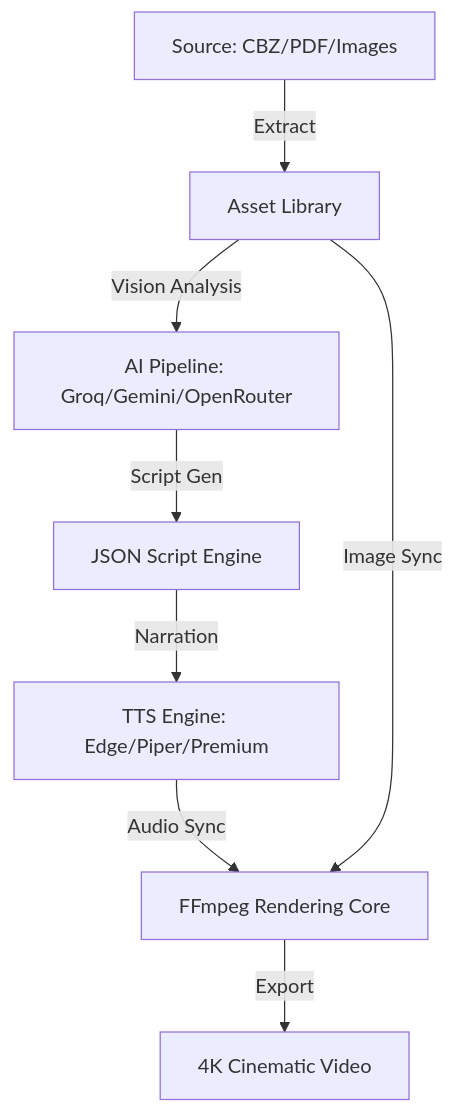
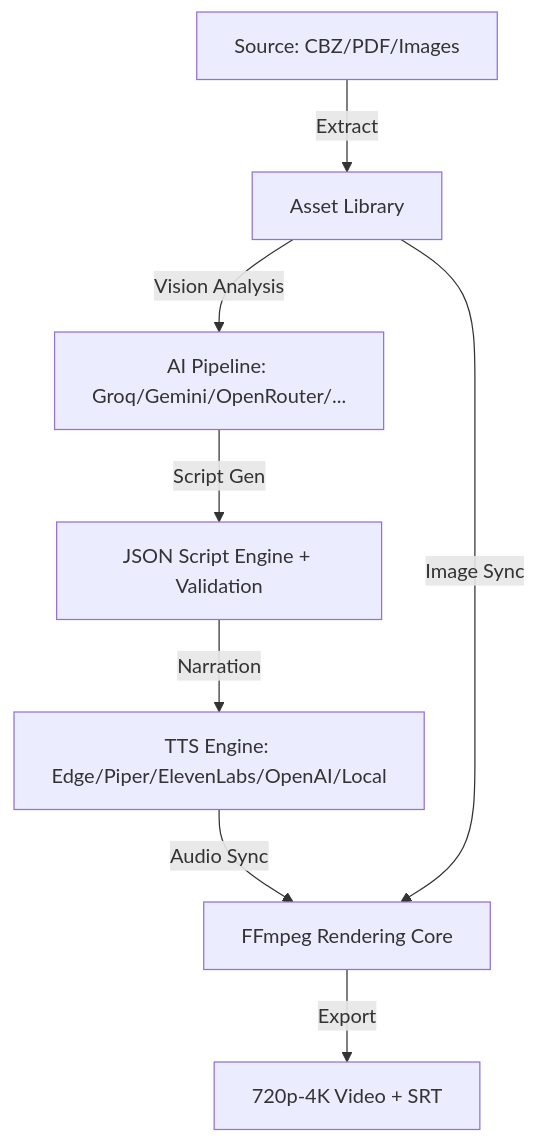
One commit to Abhimanyuraj8252/Webkeyo changed the diagram in README.md. Above: the diagram before and after it, drawn with Mermaid. The commit also changed other lines of this file and 31 other files, not shown here.

````diff
--- a/README.md
+++ b/README.md
@@ -47,10 +51,10 @@
 ```mermaid
 graph TD
     A[Source: CBZ/PDF/Images] -- Extract --> B[Asset Library]
-    B -- Vision Analysis --> C[AI Pipeline: Groq/Gemini/OpenRouter]
-    C -- Script Gen --> D[JSON Script Engine]
-    D -- Narration --> E[TTS Engine: Edge/Piper/Premium]
+    B -- Vision Analysis --> C[AI Pipeline: Groq/Gemini/OpenRouter/...]
+    C -- Script Gen --> D[JSON Script Engine + Validation]
+    D -- Narration --> E[TTS Engine: Edge/Piper/ElevenLabs/OpenAI/Local]
     E -- Audio Sync --> F[FFmpeg Rendering Core]
     B -- Image Sync --> F
-    F -- Export --> G[4K Cinematic Video]
+    F -- Export --> G[720p-4K Video + SRT]
 ```
````
